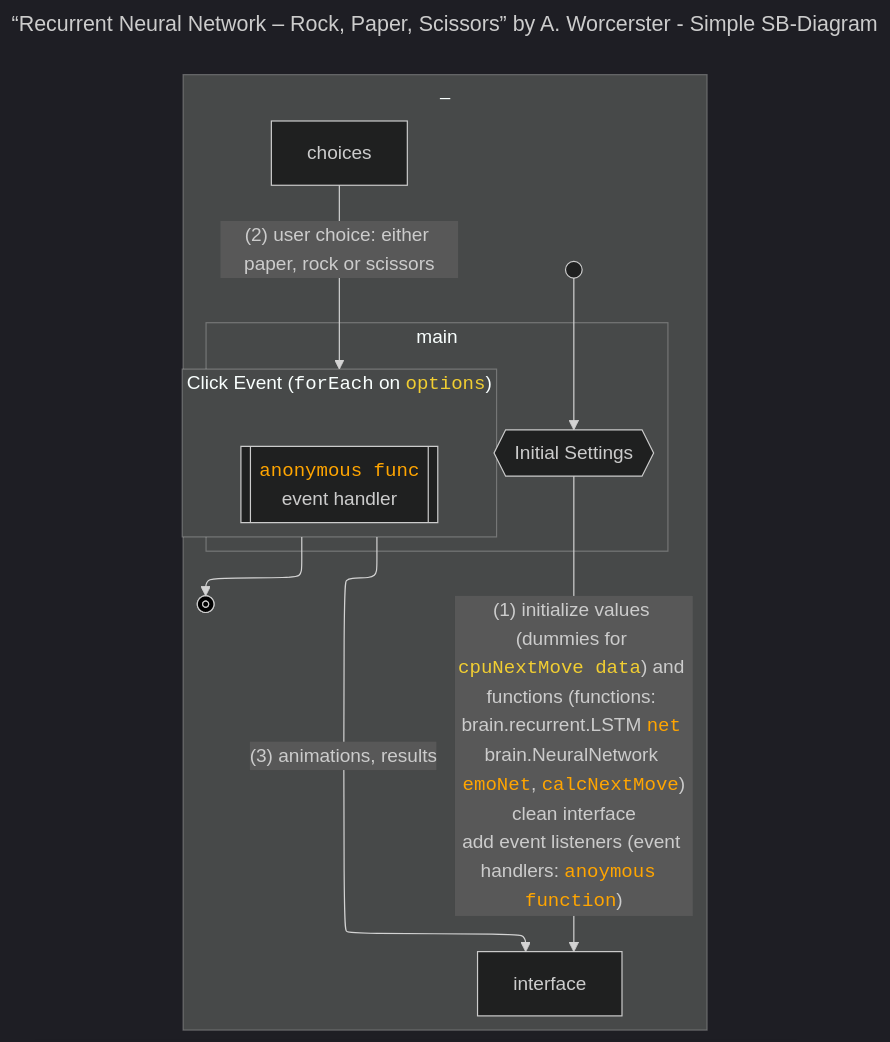
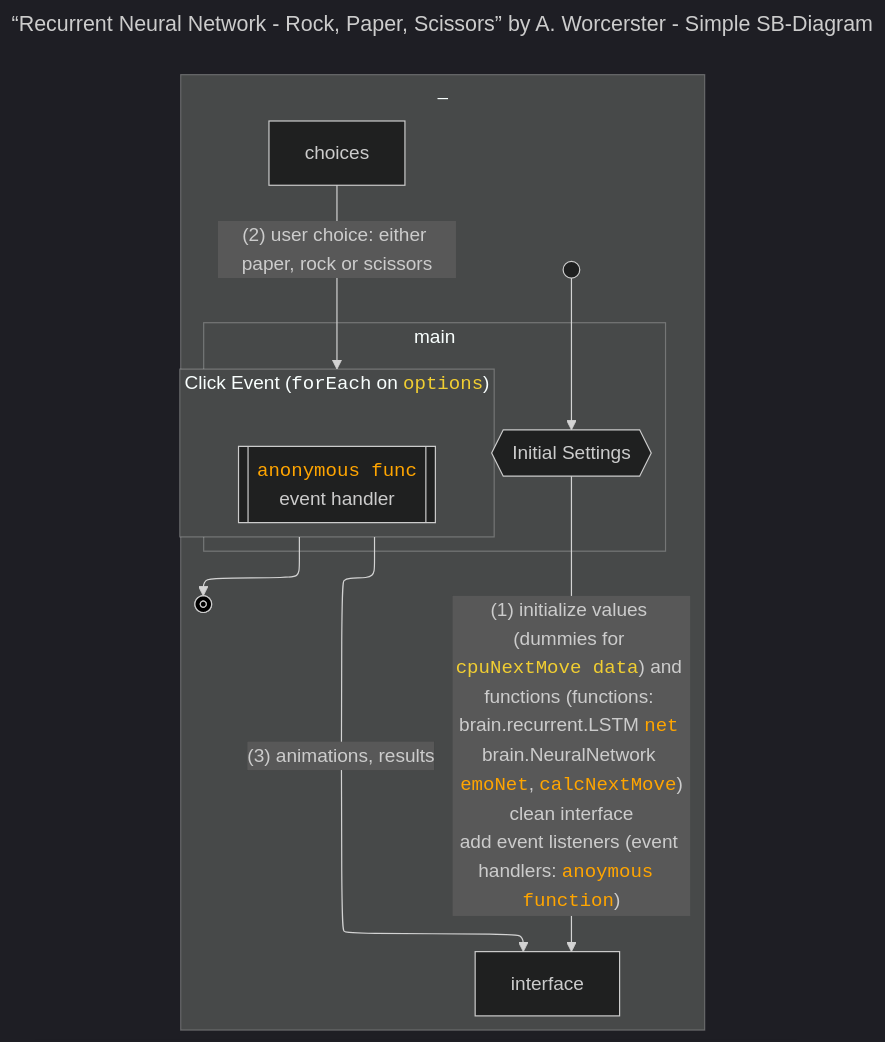
The second of 8 diagrams in src/freecodecamp.org/how-to-become-an-analytical-programmer-compare-five-projects/5-recurrent-neural-network-rock-paper-scissors-by-andrew-worcerster-a-project-implementing-ai.md (chanhi2000/bookshelf), drawn with Mermaid before and after one commit. The commit also changed other lines of this file and 2722 other files, not shown here.

````diff
--- a/src/freecodecamp.org/how-to-become-an-analytical-programmer-compare-five-projects/5-recurrent-neural-network-rock-paper-scissors-by-andrew-worcerster-a-project-implementing-ai.md
+++ b/src/freecodecamp.org/how-to-become-an-analytical-programmer-compare-five-projects/5-recurrent-neural-network-rock-paper-scissors-by-andrew-worcerster-a-project-implementing-ai.md
@@ -110,27 +110,27 @@
 ```mermaid
 ---
-title: “Recurrent Neural Network – Rock, Paper, Scissors” by A. Worcerster - Simple SB-Diagram
+title: “Recurrent Neural Network - Rock, Paper, Scissors” by A. Worcerster - Simple SB-Diagram
 config:
     theme: dark
     layout: "elk"
     flowchart:
         nodeSpacing: 50
         rankSpacing: 50
 ---
 flowchart TD
 subgraph _
 subgraph main
 init
 subgraph clickEventListener["Click Event (<code>forEach</code> on <code style="color:#f1ce32">options</code>)"]
     eventHandler@{shape: fr-rect, label: "<code style="color:orange">anonymous func</code><br/>event handler"}
 end
 end
 init --> |"(1) initialize values (dummies for <code style="color:#f1ce32">cpuNextMove data</code>) and functions (functions: brain.recurrent.LSTM <code style="color:orange">net</code> brain.NeuralNetwork <code style="color:orange">emoNet</code>, <code style="color:orange">calcNextMove</code>)<br>clean interface<br>add event listeners (event handlers: <code style="color:orange">anoymous function</code>)"|interface
 clickEventListener --> stop@{shape: framed-circle}
 start@{shape: start} --> init@{shape: hex, label: "Initial Settings"}
 choices --> |"(2) user choice: either paper, rock or scissors"| clickEventListener
 clickEventListener --> |"(3) animations, results"| interface
 end
 style start fill:black
 style stop fill:black, fill-stroke:white
 ```
````
